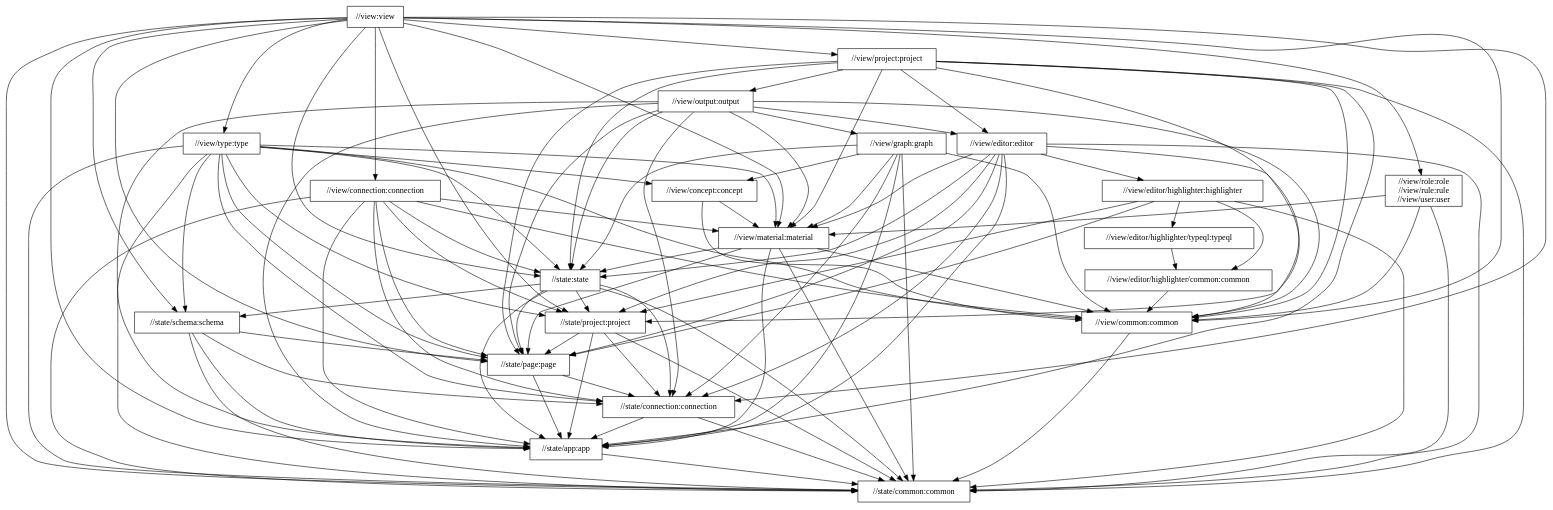
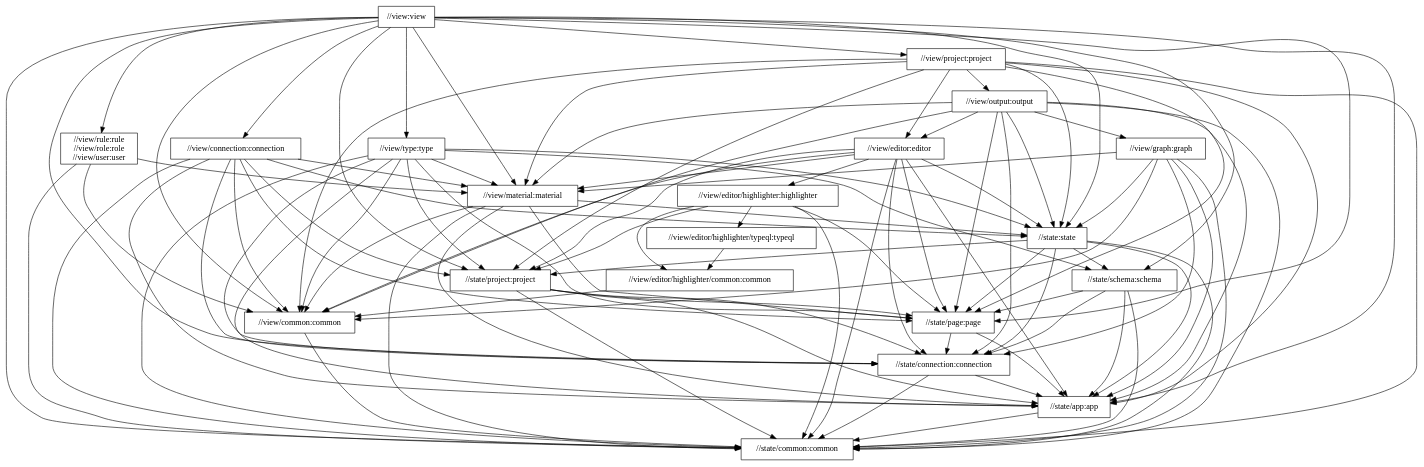
One commit to typedb/typedb-studio changed the diagram in docs/global-package-structure.dot. Above: the diagram before and after it, drawn with Graphviz. The commit also changed 14 other files, not shown here.

Commit message:
Merged and dissolved //view/concept into //view/material

```diff
--- a/docs/global-package-structure.dot
+++ b/docs/global-package-structure.dot
@@ -1,126 +1,121 @@
 digraph mygraph {
   node [shape=box];
   "//view:view"
-  "//view:view" -> "//view/role:role\n//view/rule:rule\n//view/user:user"
+  "//view:view" -> "//view/rule:rule\n//view/role:role\n//view/user:user"
   "//view:view" -> "//state:state"
   "//view:view" -> "//state/app:app"
   "//view:view" -> "//state/common:common"
   "//view:view" -> "//state/connection:connection"
   "//view:view" -> "//state/page:page"
   "//view:view" -> "//state/project:project"
   "//view:view" -> "//state/schema:schema"
   "//view:view" -> "//view/common:common"
   "//view:view" -> "//view/connection:connection"
   "//view:view" -> "//view/material:material"
   "//view:view" -> "//view/project:project"
   "//view:view" -> "//view/type:type"
   "//view/type:type"
   "//view/type:type" -> "//state:state"
   "//view/type:type" -> "//state/app:app"
   "//view/type:type" -> "//state/common:common"
   "//view/type:type" -> "//state/connection:connection"
   "//view/type:type" -> "//state/page:page"
   "//view/type:type" -> "//state/project:project"
   "//view/type:type" -> "//state/schema:schema"
   "//view/type:type" -> "//view/common:common"
-  "//view/type:type" -> "//view/concept:concept"
   "//view/type:type" -> "//view/material:material"
-  "//view/role:role\n//view/rule:rule\n//view/user:user"
-  "//view/role:role\n//view/rule:rule\n//view/user:user" -> "//state/common:common"
-  "//view/role:role\n//view/rule:rule\n//view/user:user" -> "//view/common:common"
-  "//view/role:role\n//view/rule:rule\n//view/user:user" -> "//view/material:material"
-  "//view/connection:connection"
-  "//view/connection:connection" -> "//state:state"
-  "//view/connection:connection" -> "//state/app:app"
-  "//view/connection:connection" -> "//state/common:common"
-  "//view/connection:connection" -> "//state/connection:connection"
-  "//view/connection:connection" -> "//state/page:page"
-  "//view/connection:connection" -> "//state/project:project"
-  "//view/connection:connection" -> "//view/common:common"
-  "//view/connection:connection" -> "//view/material:material"
   "//view/project:project"
   "//view/project:project" -> "//state:state"
   "//view/project:project" -> "//state/app:app"
   "//view/project:project" -> "//state/common:common"
   "//view/project:project" -> "//state/page:page"
   "//view/project:project" -> "//state/project:project"
   "//view/project:project" -> "//view/common:common"
   "//view/project:project" -> "//view/editor:editor"
   "//view/project:project" -> "//view/material:material"
   "//view/project:project" -> "//view/output:output"
   "//view/output:output"
   "//view/output:output" -> "//state:state"
   "//view/output:output" -> "//state/app:app"
   "//view/output:output" -> "//state/common:common"
   "//view/output:output" -> "//state/connection:connection"
   "//view/output:output" -> "//state/page:page"
   "//view/output:output" -> "//view/common:common"
   "//view/output:output" -> "//view/editor:editor"
   "//view/output:output" -> "//view/graph:graph"
   "//view/output:output" -> "//view/material:material"
   "//view/graph:graph"
   "//view/graph:graph" -> "//state:state"
   "//view/graph:graph" -> "//state/app:app"
   "//view/graph:graph" -> "//state/common:common"
   "//view/graph:graph" -> "//state/connection:connection"
   "//view/graph:graph" -> "//view/common:common"
-  "//view/graph:graph" -> "//view/concept:concept"
   "//view/graph:graph" -> "//view/material:material"
-  "//view/concept:concept"
-  "//view/concept:concept" -> "//view/common:common"
-  "//view/concept:concept" -> "//view/material:material"
   "//view/editor:editor"
   "//view/editor:editor" -> "//state:state"
   "//view/editor:editor" -> "//state/app:app"
   "//view/editor:editor" -> "//state/common:common"
   "//view/editor:editor" -> "//state/connection:connection"
   "//view/editor:editor" -> "//state/page:page"
   "//view/editor:editor" -> "//state/project:project"
   "//view/editor:editor" -> "//view/common:common"
   "//view/editor:editor" -> "//view/editor/highlighter:highlighter"
   "//view/editor:editor" -> "//view/material:material"
+  "//view/editor/highlighter:highlighter"
+  "//view/editor/highlighter:highlighter" -> "//state/common:common"
+  "//view/editor/highlighter:highlighter" -> "//state/page:page"
+  "//view/editor/highlighter:highlighter" -> "//state/project:project"
+  "//view/editor/highlighter:highlighter" -> "//view/editor/highlighter/common:common"
+  "//view/editor/highlighter:highlighter" -> "//view/editor/highlighter/typeql:typeql"
+  "//view/editor/highlighter/typeql:typeql"
+  "//view/editor/highlighter/typeql:typeql" -> "//view/editor/highlighter/common:common"
+  "//view/connection:connection"
+  "//view/connection:connection" -> "//state:state"
+  "//view/connection:connection" -> "//state/app:app"
+  "//view/connection:connection" -> "//state/common:common"
+  "//view/connection:connection" -> "//state/connection:connection"
+  "//view/connection:connection" -> "//state/page:page"
+  "//view/connection:connection" -> "//state/project:project"
+  "//view/connection:connection" -> "//view/common:common"
+  "//view/connection:connection" -> "//view/material:material"
+  "//view/rule:rule\n//view/role:role\n//view/user:user"
+  "//view/rule:rule\n//view/role:role\n//view/user:user" -> "//state/common:common"
+  "//view/rule:rule\n//view/role:role\n//view/user:user" -> "//view/common:common"
+  "//view/rule:rule\n//view/role:role\n//view/user:user" -> "//view/material:material"
   "//view/material:material"
   "//view/material:material" -> "//state:state"
   "//view/material:material" -> "//state/app:app"
   "//view/material:material" -> "//state/common:common"
   "//view/material:material" -> "//state/page:page"
   "//view/material:material" -> "//view/common:common"
-  "//view/editor/highlighter:highlighter"
-  "//view/editor/highlighter:highlighter" -> "//state/common:common"
-  "//view/editor/highlighter:highlighter" -> "//state/page:page"
-  "//view/editor/highlighter:highlighter" -> "//state/project:project"
-  "//view/editor/highlighter:highlighter" -> "//view/editor/highlighter/common:common"
-  "//view/editor/highlighter:highlighter" -> "//view/editor/highlighter/typeql:typeql"
+  "//view/editor/highlighter/common:common"
+  "//view/editor/highlighter/common:common" -> "//view/common:common"
+  "//view/common:common"
+  "//view/common:common" -> "//state/common:common"
   "//state:state"
   "//state:state" -> "//state/app:app"
   "//state:state" -> "//state/common:common"
   "//state:state" -> "//state/connection:connection"
   "//state:state" -> "//state/page:page"
   "//state:state" -> "//state/project:project"
   "//state:state" -> "//state/schema:schema"
   "//state/schema:schema"
   "//state/schema:schema" -> "//state/app:app"
   "//state/schema:schema" -> "//state/common:common"
   "//state/schema:schema" -> "//state/connection:connection"
   "//state/schema:schema" -> "//state/page:page"
   "//state/project:project"
   "//state/project:project" -> "//state/app:app"
   "//state/project:project" -> "//state/common:common"
   "//state/project:project" -> "//state/connection:connection"
   "//state/project:project" -> "//state/page:page"
   "//state/page:page"
   "//state/page:page" -> "//state/app:app"
   "//state/page:page" -> "//state/connection:connection"
-  "//view/editor/highlighter/typeql:typeql"
-  "//view/editor/highlighter/typeql:typeql" -> "//view/editor/highlighter/common:common"
-  "//view/editor/highlighter/common:common"
-  "//view/editor/highlighter/common:common" -> "//view/common:common"
-  "//view/common:common"
-  "//view/common:common" -> "//state/common:common"
   "//state/connection:connection"
   "//state/connection:connection" -> "//state/app:app"
   "//state/connection:connection" -> "//state/common:common"
   "//state/app:app"
   "//state/app:app" -> "//state/common:common"
   "//state/common:common"
 }
```
